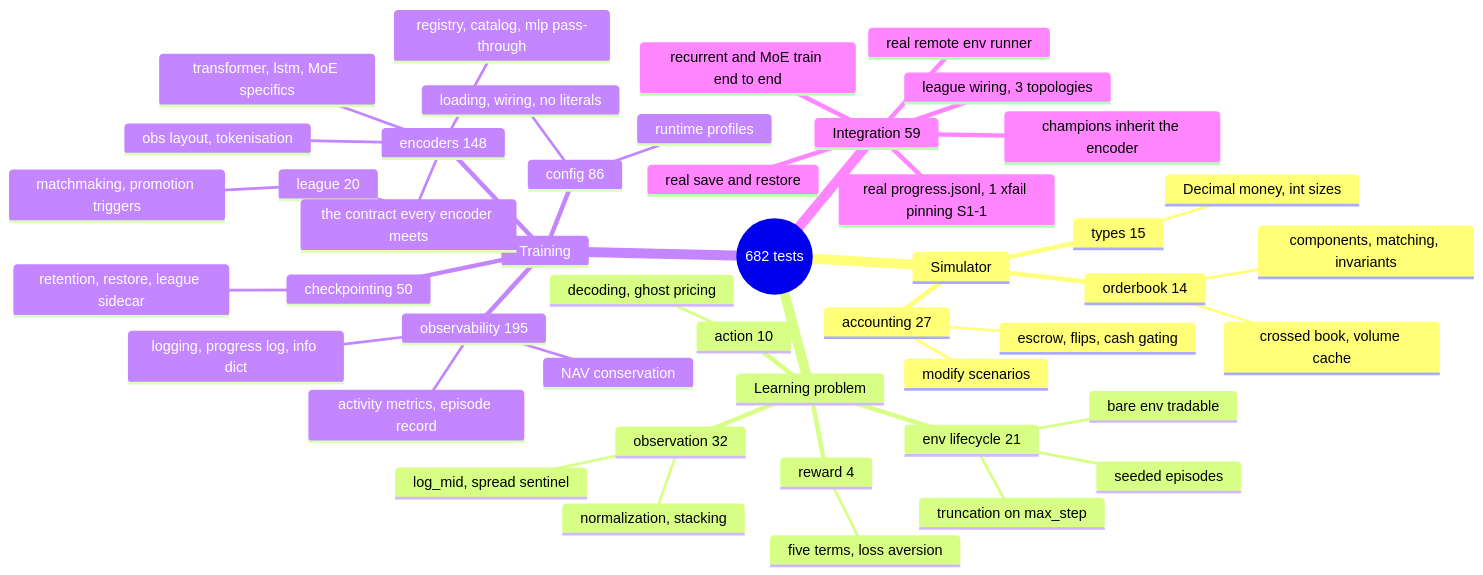
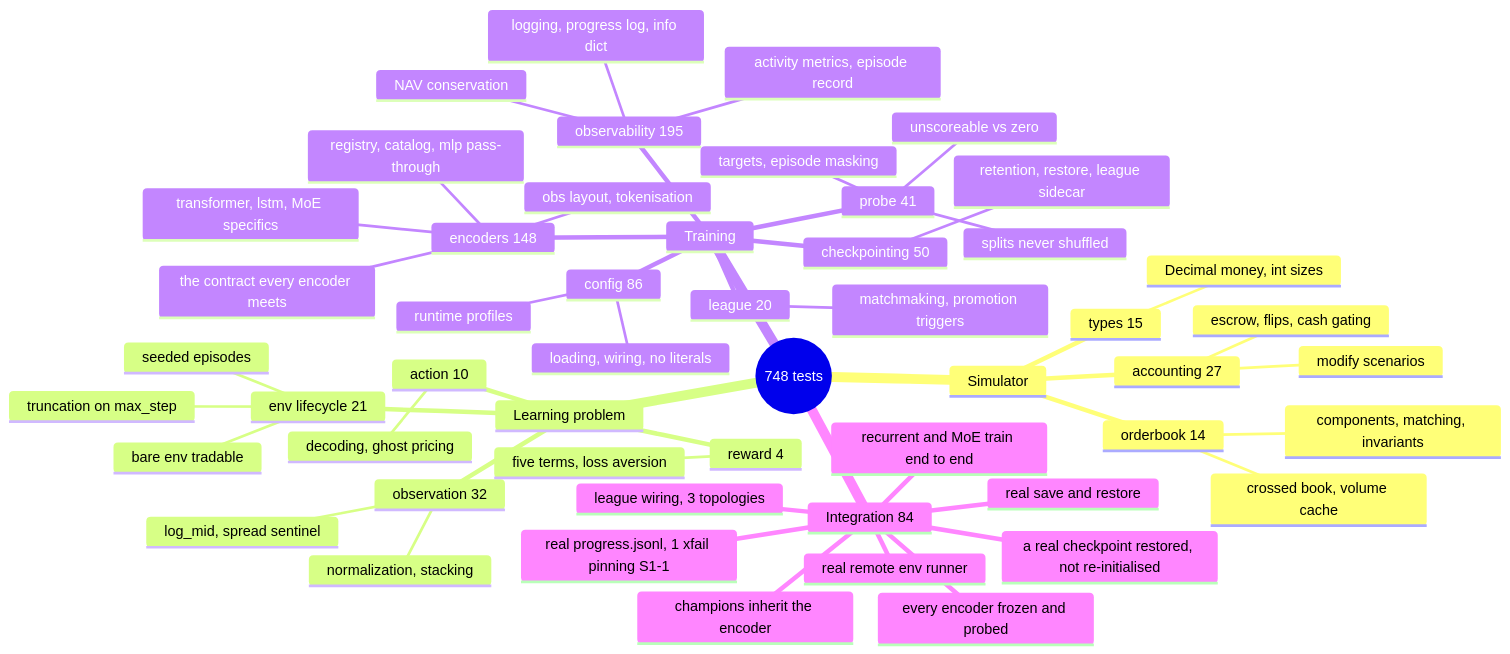
Before and after one commit to ChuaCheowHuan/gym-continuousDoubleAuction: the diagram in doc/10_testing.md, drawn with Mermaid. The commit also changed other lines of this file and 17 other files, not shown here.

````diff
--- a/doc/10_testing.md
+++ b/doc/10_testing.md
@@ -107,49 +109,55 @@
 ```mermaid
 mindmap
-  root((682 tests))
+  root((748 tests))
     Simulator
       orderbook 14
         components, matching, invariants
         crossed book, volume cache
       accounting 27
         escrow, flips, cash gating
         modify scenarios
       types 15
         Decimal money, int sizes
     Learning problem
       observation 32
         normalization, stacking
         log_mid, spread sentinel
       action 10
         decoding, ghost pricing
       reward 4
         five terms, loss aversion
       env lifecycle 21
         bare env tradable
         truncation on max_step
         seeded episodes
     Training
       config 86
         loading, wiring, no literals
         runtime profiles
       checkpointing 50
         retention, restore, league sidecar
       league 20
         matchmaking, promotion triggers
       encoders 148
         registry, catalog, mlp pass-through
         obs layout, tokenisation
         the contract every encoder meets
         transformer, lstm, MoE specifics
       observability 195
         logging, progress log, info dict
         activity metrics, episode record
         NAV conservation
-    Integration 59
+      probe 41
+        targets, episode masking
+        splits never shuffled
+        unscoreable vs zero
+    Integration 84
       league wiring, 3 topologies
       real save and restore
       real progress.jsonl, 1 xfail pinning S1-1
       real remote env runner
       champions inherit the encoder
       recurrent and MoE train end to end
+      every encoder frozen and probed
+      a real checkpoint restored, not re-initialised
 ```
````
